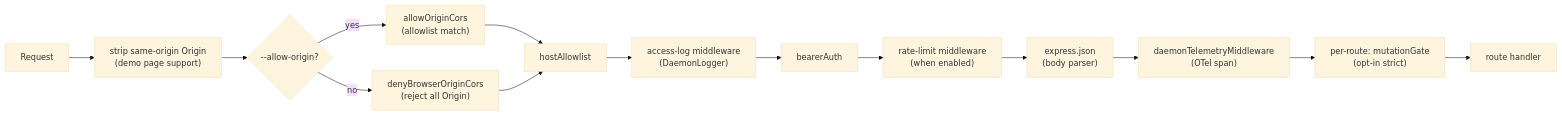
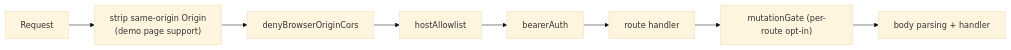
The first of 4 diagrams in docs/developers/daemon/12-auth-security.md (QwenLM/qwen-code), drawn with Mermaid (base theme) before and after one commit. The commit also changed other lines of this file and 23 other files, not shown here.

````diff
--- a/docs/developers/daemon/12-auth-security.md
+++ b/docs/developers/daemon/12-auth-security.md
@@ -55,16 +44,10 @@
 ```mermaid
 flowchart LR
     REQ[Request] --> SO["strip same-origin Origin<br/>(demo page support)"]
-    SO --> CORS{"--allow-origin?"}
-    CORS -->|yes| AO["allowOriginCors<br/>(allowlist match)"]
-    CORS -->|no| DC["denyBrowserOriginCors<br/>(reject all Origin)"]
-    AO --> HA["hostAllowlist"]
-    DC --> HA
-    HA --> LOG["access-log middleware<br/>(DaemonLogger)"]
-    LOG --> BA["bearerAuth"]
-    BA --> RL["rate-limit middleware<br/>(when enabled)"]
-    RL --> JSON["express.json<br/>(body parser)"]
-    JSON --> TEL["daemonTelemetryMiddleware<br/>(OTel span)"]
-    TEL --> MG["per-route: mutationGate<br/>(opt-in strict)"]
-    MG --> HANDLER["route handler"]
+    SO --> CORS["denyBrowserOriginCors"]
+    CORS --> HA["hostAllowlist"]
+    HA --> BA["bearerAuth"]
+    BA --> ROUTE["route handler"]
+    ROUTE --> MG["mutationGate (per-route opt-in)"]
+    MG --> BODY["body parsing + handler"]
 ```
````
